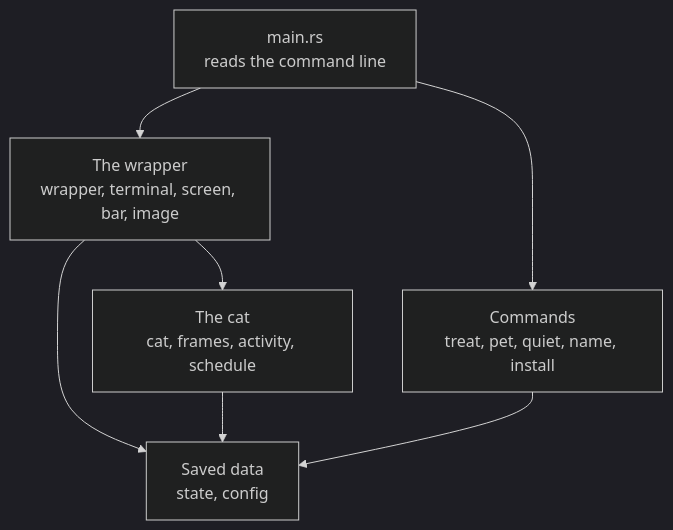
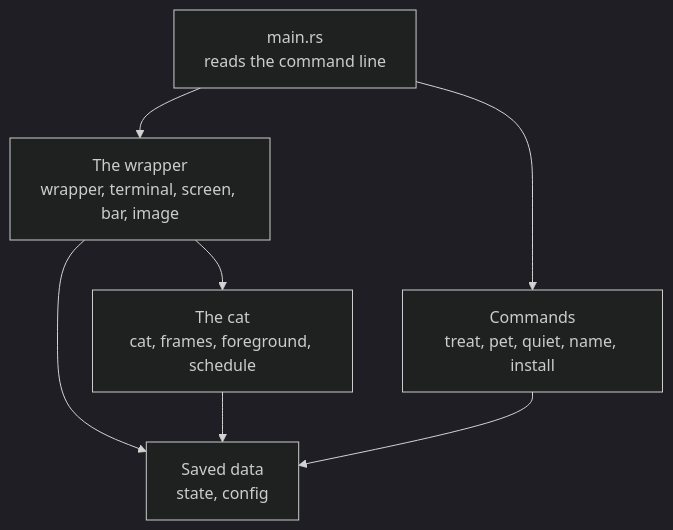
Before and after one commit to ado11231/stray: the second of 5 diagrams in docs/ARCHITECTURE.md, drawn with Mermaid (dark theme). The commit also changed other lines of this file and 3 other files, not shown here.

````diff
--- a/docs/ARCHITECTURE.md
+++ b/docs/ARCHITECTURE.md
@@ -116,14 +116,14 @@
 ```mermaid
 flowchart TD
     Main["main.rs<br/>reads the command line"]
     Wrap["The wrapper<br/>wrapper, terminal, screen, bar, image"]
-    Cat["The cat<br/>cat, frames, activity, schedule"]
+    Cat["The cat<br/>cat, frames, foreground, schedule"]
     Store["Saved data<br/>state, config"]
     Cmd["Commands<br/>treat, pet, quiet, name, install"]
     Main --> Wrap
     Main --> Cmd
     Wrap --> Cat
     Wrap --> Store
     Cat --> Store
     Cmd --> Store
 ```
````
